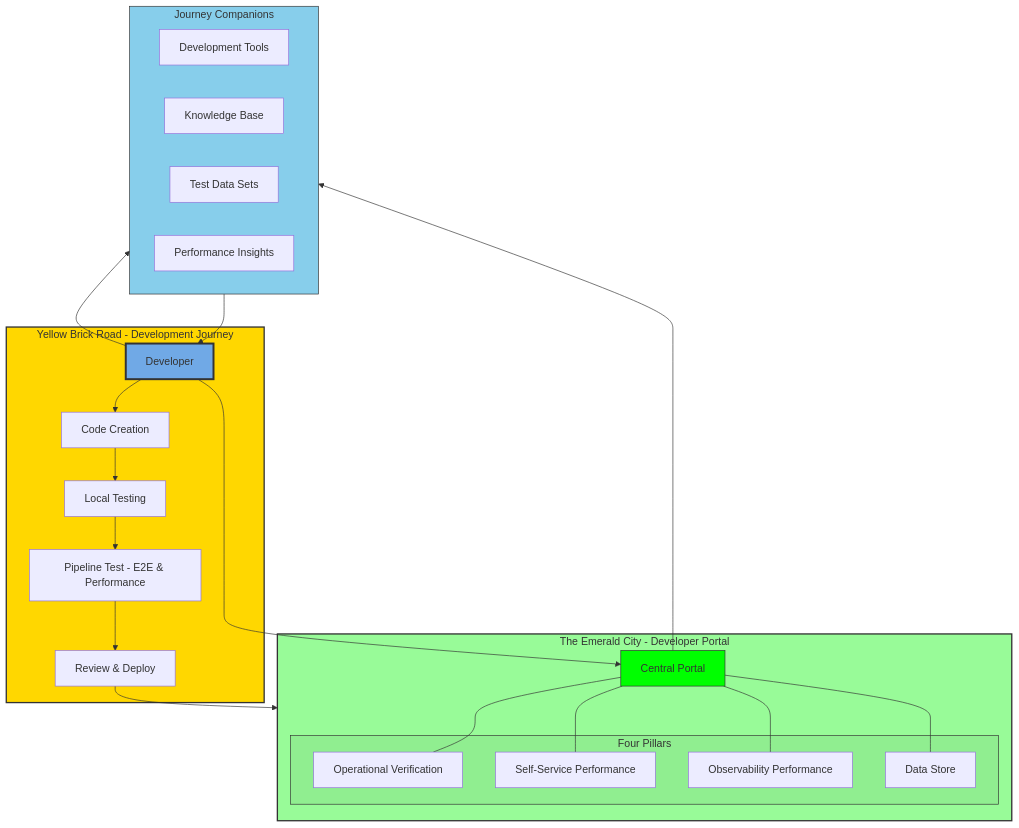
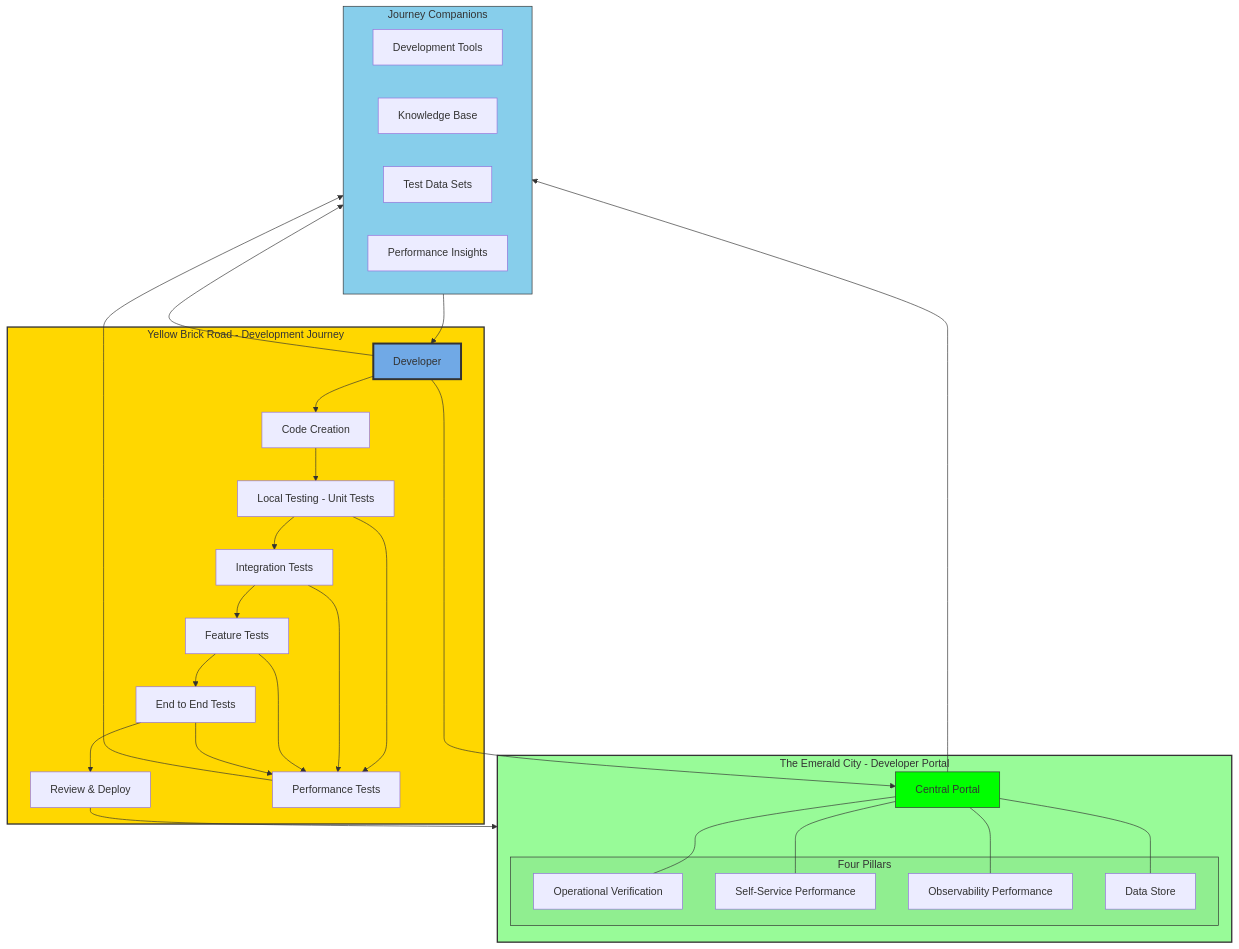
One commit to zalyoung/gitlab-handbook changed the first of 4 diagrams in content/handbook/engineering/infrastructure-platforms/developer-experience/performance-enablement/_index.md. Above: the diagram before and after it, drawn with Mermaid.

Commit message:
Adjustment to diagram

````diff
--- a/content/handbook/engineering/infrastructure-platforms/developer-experience/performance-enablement/_index.md
+++ b/content/handbook/engineering/infrastructure-platforms/developer-experience/performance-enablement/_index.md
@@ -19,43 +19,50 @@
 ```mermaid
 flowchart TD
     subgraph EC[The Emerald City - Developer Portal]
         Portal[Central Portal]
         subgraph Buildings[Four Pillars]
             DV[Operational Verification]
             SF[Self-Service Performance]
             OB[Observability Performance]
             DS[Data Store]
         end
         Portal --- DV
         Portal --- SF
         Portal --- OB
         Portal --- DS
     end
 
     subgraph YBR[Yellow Brick Road - Development Journey]
         Dev[Developer] --> Code[Code Creation]
-        Code --> Local[Local Testing]
-        Local --> Pipeline[Pipeline Test - E2E & Performance]
-        Pipeline --> Review[Review & Deploy]
+        Code --> Unit[Local Testing - Unit Tests]
+        Unit --> Integration[Integration Tests]
+        Integration --> Feature[Feature Tests]
+        Feature --> E2E[End to End Tests]
+        E2E --> Review[Review & Deploy]
+        Unit --> Perf[Performance Tests]
+        Integration --> Perf
+        Feature --> Perf
+        E2E --> Perf
     end
 
     subgraph Guide[Journey Companions]
         Tools[Development Tools]
         Docs[Knowledge Base]
         Data[Test Data Sets]
         Insights[Performance Insights]
     end
 
+    Perf --> Guide
     Dev --> Portal
     Dev --> Guide
     Portal --> Guide
     Review --> EC
     Guide --> Dev
 
     style EC fill:#98FB98,stroke:#333,stroke-width:2px
     style YBR fill:#FFD700,stroke:#333,stroke-width:2px
     style Guide fill:#87CEEB,stroke:#333
     style Portal fill:#00FF00,stroke:#333
     style Dev fill:#70a9e6,stroke:#333,stroke-width:3px
     style Buildings fill:#90EE90,stroke:#333
 ```
````
